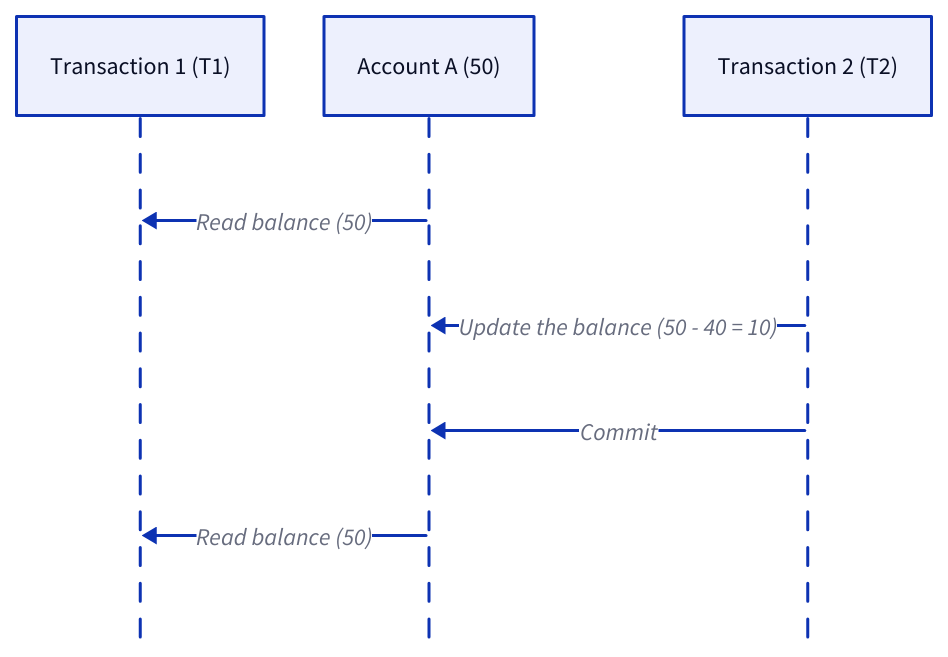
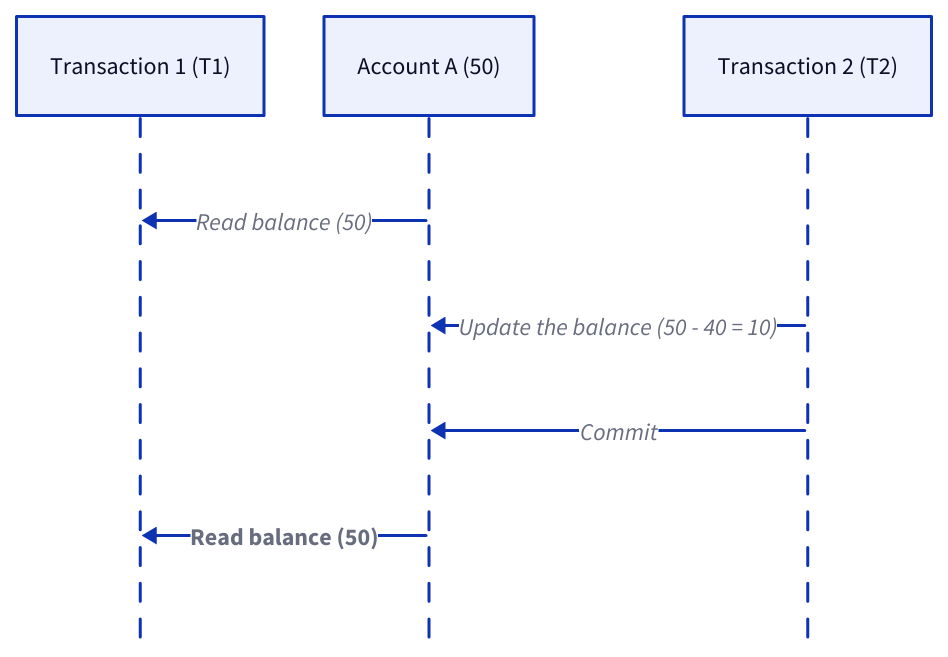
One commit to link1905/system-design-101 changed diagram 11 of 29 in content/docs/data-persistence/sql-database/concurrency-control.md. Above: the diagram before and after it, drawn with D2. The commit also changed other lines of this file and 49 other files, not shown here.

````diff
--- a/content/docs/data-persistence/sql-database/concurrency-control.md
+++ b/content/docs/data-persistence/sql-database/concurrency-control.md
@@ -378,10 +385,12 @@
 ```d2
 shape: sequence_diagram
 t1: Transaction 1 (T1)
 a: Account A (50)
 t2: Transaction 2 (T2)
 t1 <- a: Read balance (50)
 t2 -> a: Update the balance (50 - 40 = 10)
 t2 -> a: Commit
-t1 <- a: Read balance (50)
+t1 <- a: Read balance (50) {
+  style.bold: true
+}
 ```
````
